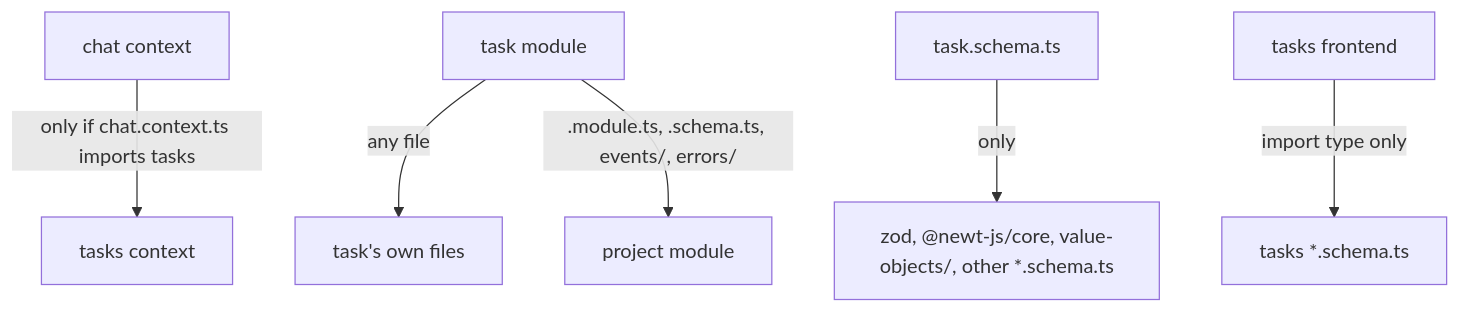
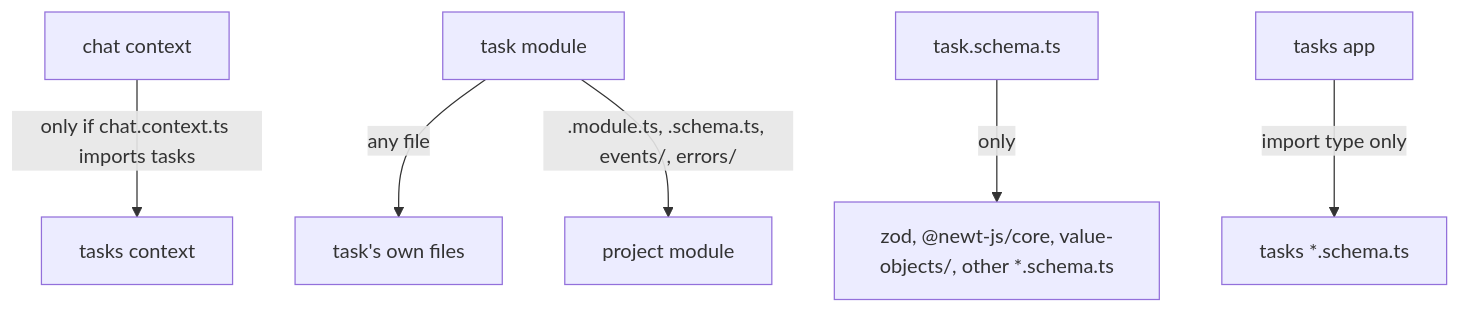
The diagram in web/src/content/docs/reference/lint.md (newt-js/newt), drawn with Mermaid before and after one commit. The commit also changed other lines of this file and 17 other files, not shown here.

````diff
--- a/web/src/content/docs/reference/lint.md
+++ b/web/src/content/docs/reference/lint.md
@@ -70,8 +70,8 @@
 ```mermaid
 flowchart TD
   chat["chat context"] -->|"only if chat.context.ts imports tasks"| tasks["tasks context"]
   task["task module"] -->|"any file"| own["task's own files"]
   task -->|".module.ts, .schema.ts, events/, errors/"| project["project module"]
   schema["task.schema.ts"] -->|"only"| deps["zod, @newt-js/core, value-objects/, other *.schema.ts"]
-  frontend["tasks frontend"] -->|"import type only"| schemas["tasks *.schema.ts"]
+  frontend["tasks app"] -->|"import type only"| schemas["tasks *.schema.ts"]
 ```
````
